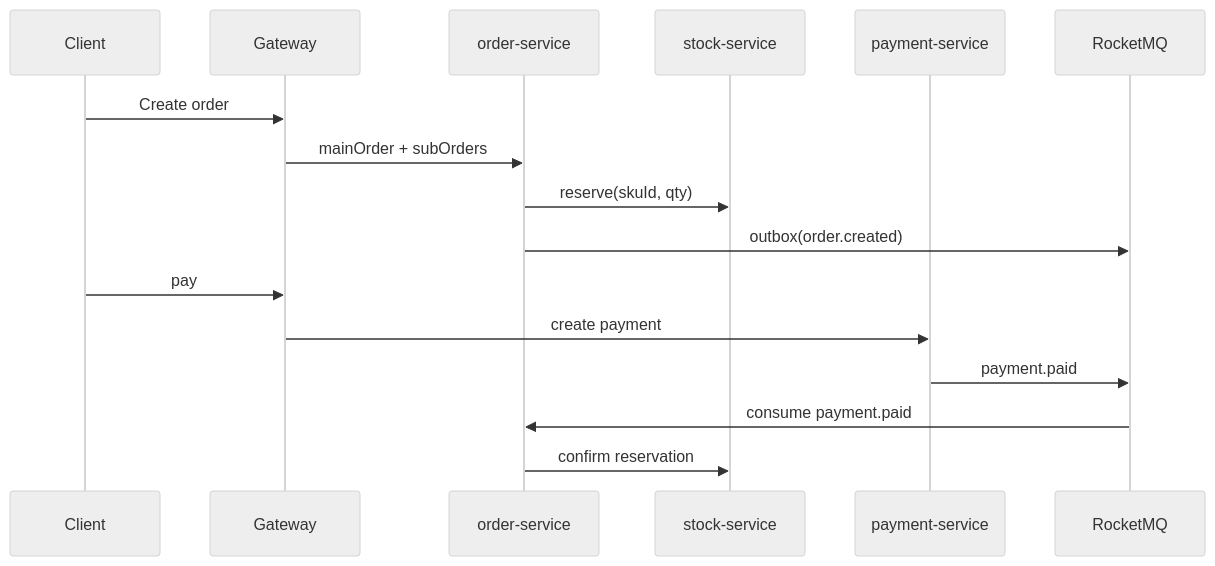
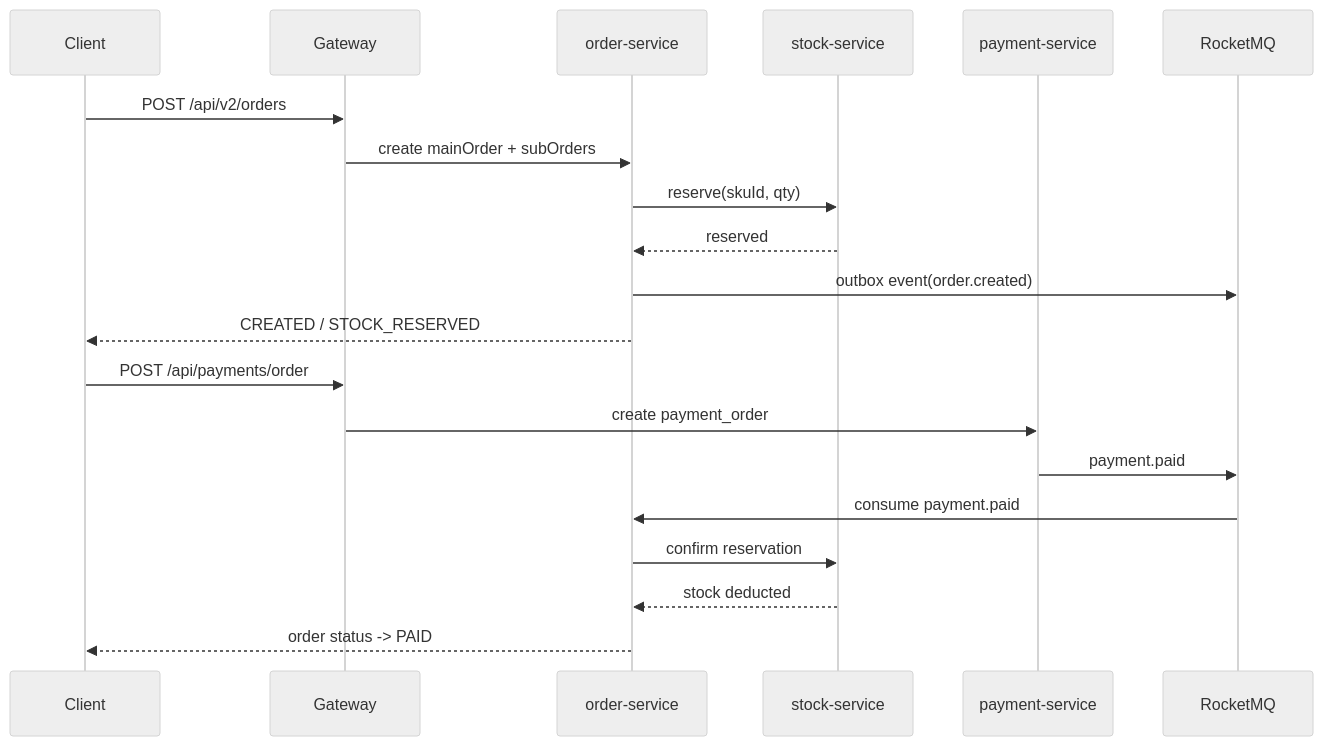
One commit to USERON8/cloud changed the second of 4 diagrams in README.md. Above: the diagram before and after it, drawn with Mermaid (neutral theme). The commit also changed other lines of this file and 3 other files, not shown here.

````diff
--- a/README.md
+++ b/README.md
@@ -114,19 +178,24 @@
 ```mermaid
 sequenceDiagram
     participant C as Client
     participant GW as Gateway
     participant O as order-service
     participant S as stock-service
     participant P as payment-service
     participant MQ as RocketMQ
 
-    C->>GW: Create order
-    GW->>O: mainOrder + subOrders
+    C->>GW: POST /api/v2/orders
+    GW->>O: create mainOrder + subOrders
     O->>S: reserve(skuId, qty)
-    O->>MQ: outbox(order.created)
-    C->>GW: pay
-    GW->>P: create payment
+    S-->>O: reserved
+    O->>MQ: outbox event(order.created)
+    O-->>C: CREATED / STOCK_RESERVED
+
+    C->>GW: POST /api/payments/order
+    GW->>P: create payment_order
     P->>MQ: payment.paid
     MQ->>O: consume payment.paid
     O->>S: confirm reservation
+    S-->>O: stock deducted
+    O-->>C: order status -> PAID
 ```
````
